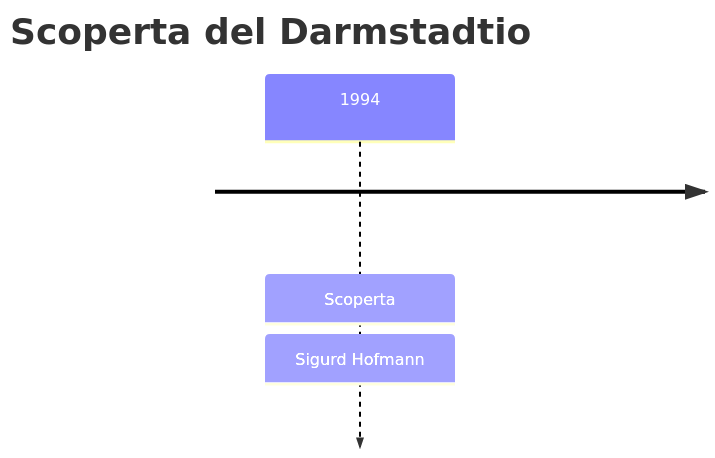
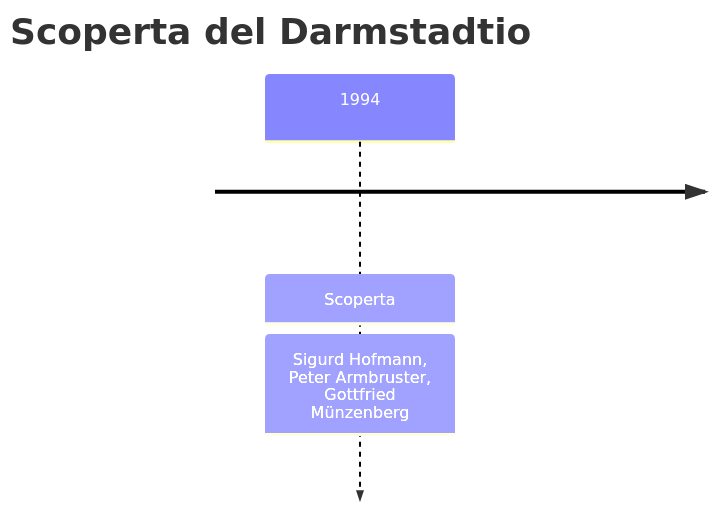
Before and after one commit to gianlucaciarcelluti/elements-caos: the first of 3 diagrams in vault/Elementi/Darmstadtio.md, drawn with Mermaid. The commit also changed other lines of this file and 7 other files, not shown here.

````diff
--- a/vault/Elementi/Darmstadtio.md
+++ b/vault/Elementi/Darmstadtio.md
@@ -28,5 +28,5 @@
 ```mermaid
 timeline
     title Scoperta del Darmstadtio
-    1994 : Scoperta : Sigurd Hofmann
+    1994 : Scoperta : Sigurd Hofmann, Peter Armbruster, Gottfried Münzenberg
 ```
````
